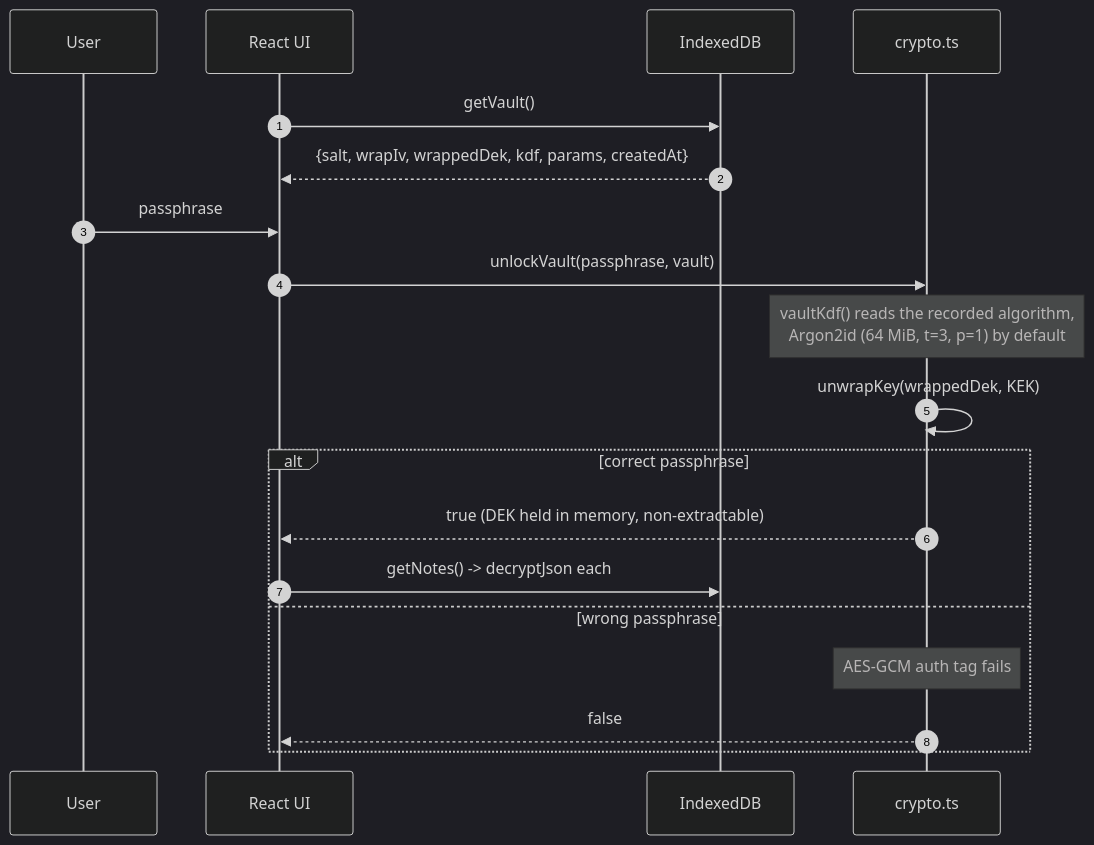
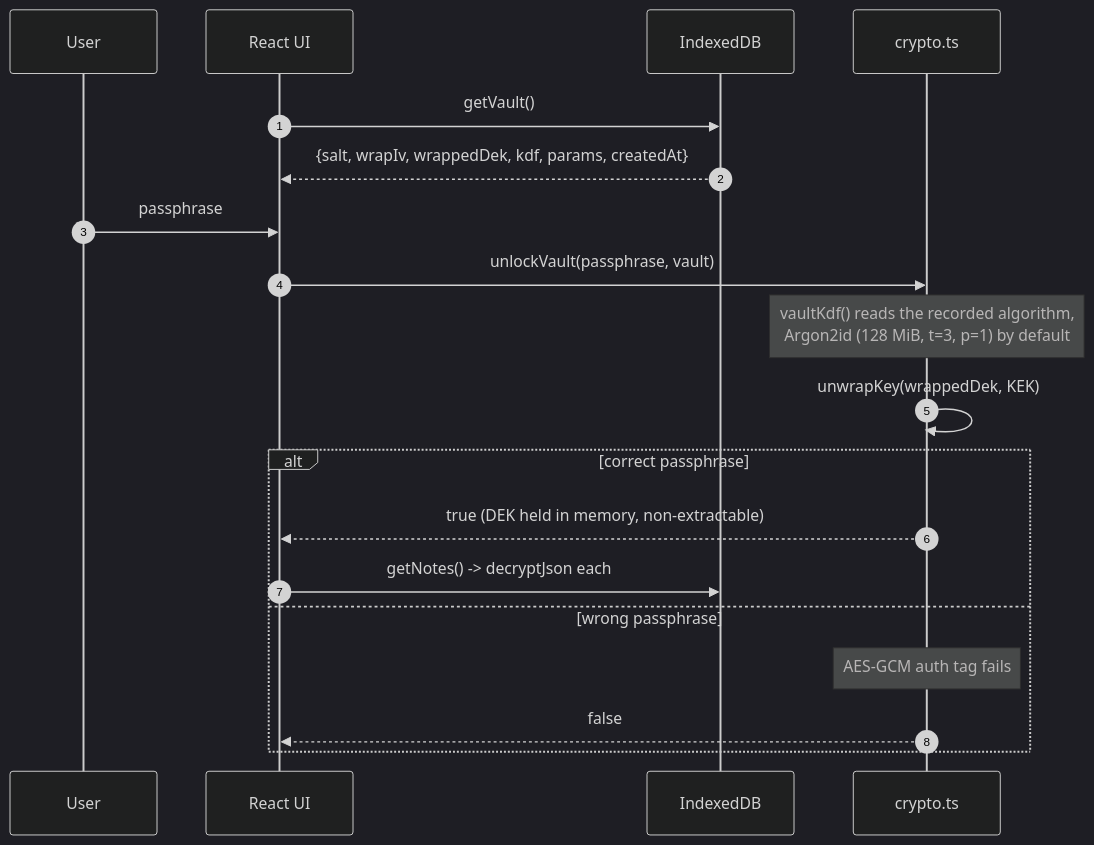
One commit to mortenoh/lockbox changed the fourth of 4 diagrams in docs/design/architecture.md. Above: the diagram before and after it, drawn with Mermaid (dark theme). The commit also changed other lines of this file and 10 other files, not shown here.

````diff
--- a/docs/design/architecture.md
+++ b/docs/design/architecture.md
@@ -185,22 +188,22 @@
 ```mermaid
 sequenceDiagram
     autonumber
     participant U as User
     participant UI as React UI
     participant DB as IndexedDB
     participant C as crypto.ts
 
     UI->>DB: getVault()
     DB-->>UI: {salt, wrapIv, wrappedDek, kdf, params, createdAt}
     U->>UI: passphrase
     UI->>C: unlockVault(passphrase, vault)
-    Note over C: vaultKdf() reads the recorded algorithm,<br/>Argon2id (64 MiB, t=3, p=1) by default
+    Note over C: vaultKdf() reads the recorded algorithm,<br/>Argon2id (128 MiB, t=3, p=1) by default
     C->>C: unwrapKey(wrappedDek, KEK)
     alt correct passphrase
         C-->>UI: true (DEK held in memory, non-extractable)
         UI->>DB: getNotes() -> decryptJson each
     else wrong passphrase
         Note over C: AES-GCM auth tag fails
         C-->>UI: false
     end
 ```
````
